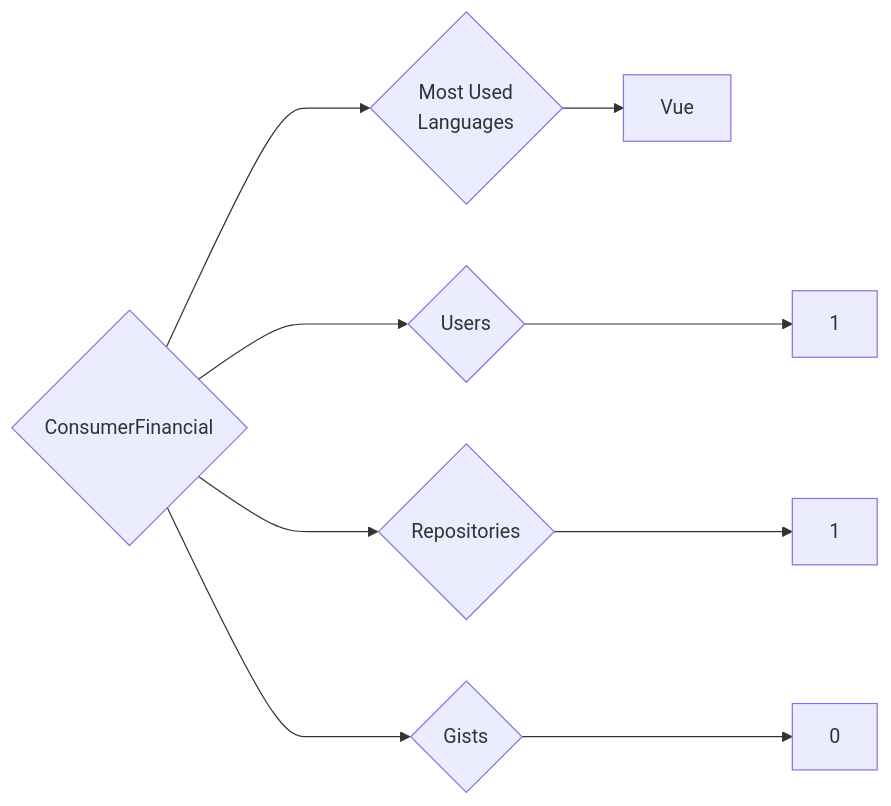
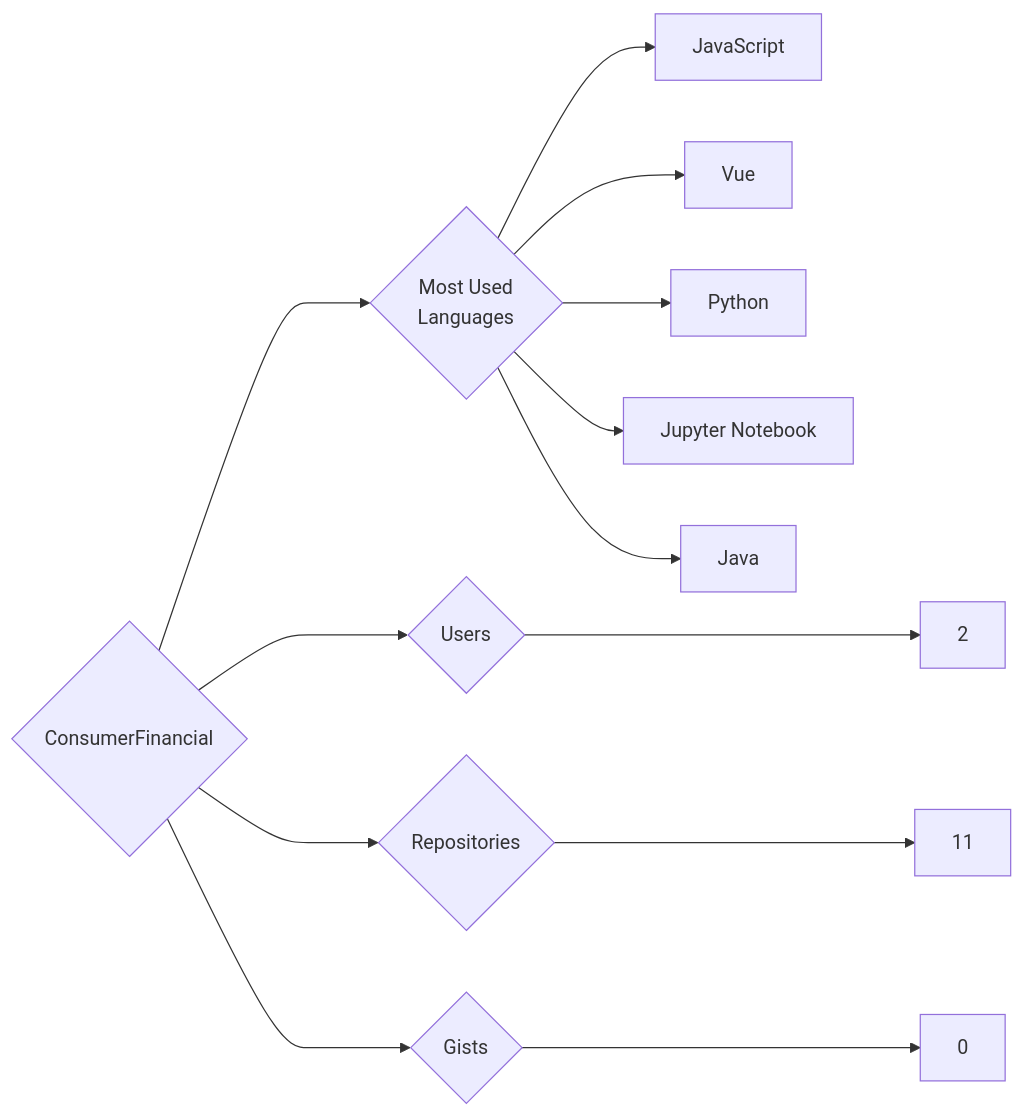
Before and after one commit to trickest/insiders: the diagram in targets/ConsumerFinancial/README.md, drawn with Mermaid. The commit also changed 1141 other files, not shown here.

````diff
--- a/targets/ConsumerFinancial/README.md
+++ b/targets/ConsumerFinancial/README.md
@@ -3,9 +3,13 @@
 ```mermaid
 graph LR
 COMPANY_NAME{ConsumerFinancial}
-COMPANY_NAME ---> U{Users} ---> UN[1]
-COMPANY_NAME ---> R{Repositories} ---> RN[1]
+COMPANY_NAME ---> U{Users} ---> UN[2]
+COMPANY_NAME ---> R{Repositories} ---> RN[11]
 COMPANY_NAME ---> G{Gists} ---> GN[0]
 COMPANY_NAME ---> ML{Most Used<br>Languages}
+ML --> JavaScript[JavaScript]
 ML --> Vue[Vue]
+ML --> Python[Python]
+ML --> Jupyter_Notebook[Jupyter Notebook]
+ML --> Java[Java]
 ```
````
